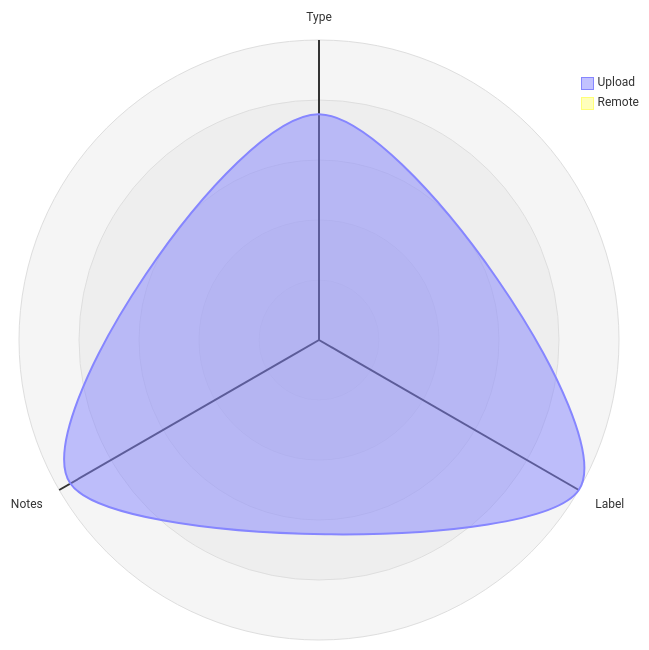
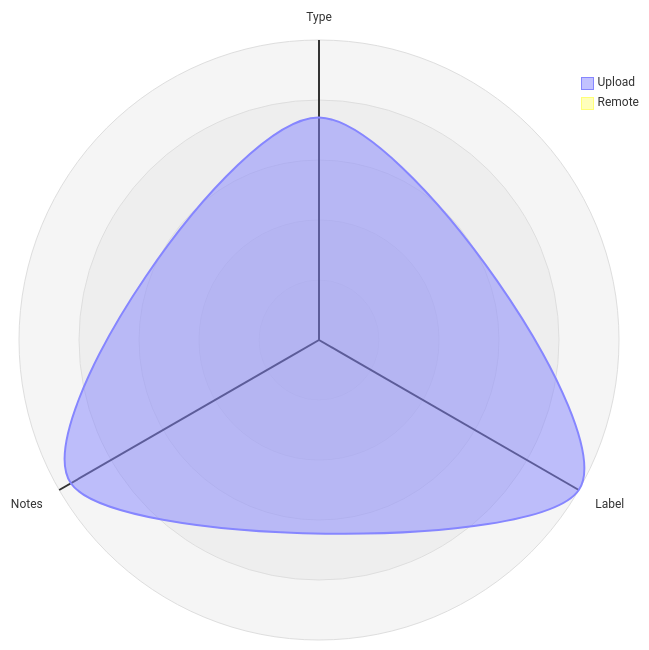
The third of 5 diagrams in datastore_tracker/README.md (open-data/analytics-corporate-reporting), drawn with Mermaid before and after one commit. The commit also changed 7 other files, not shown here.

````diff
--- a/datastore_tracker/README.md
+++ b/datastore_tracker/README.md
@@ -104,12 +104,12 @@
 ```mermaid
 radar-beta
   axis T["Type"], L["Label"], N["Notes"]
-  curve u["Upload"]{0.0007, 0.00093, 0.00089}
+  curve u["Upload"]{0.00066, 0.00089, 0.00085}
   curve r["Remote"]{0, 0, 0}
 
   showLegend true
 
   min 0
   graticule circle
   ticks 5
 ```
````
